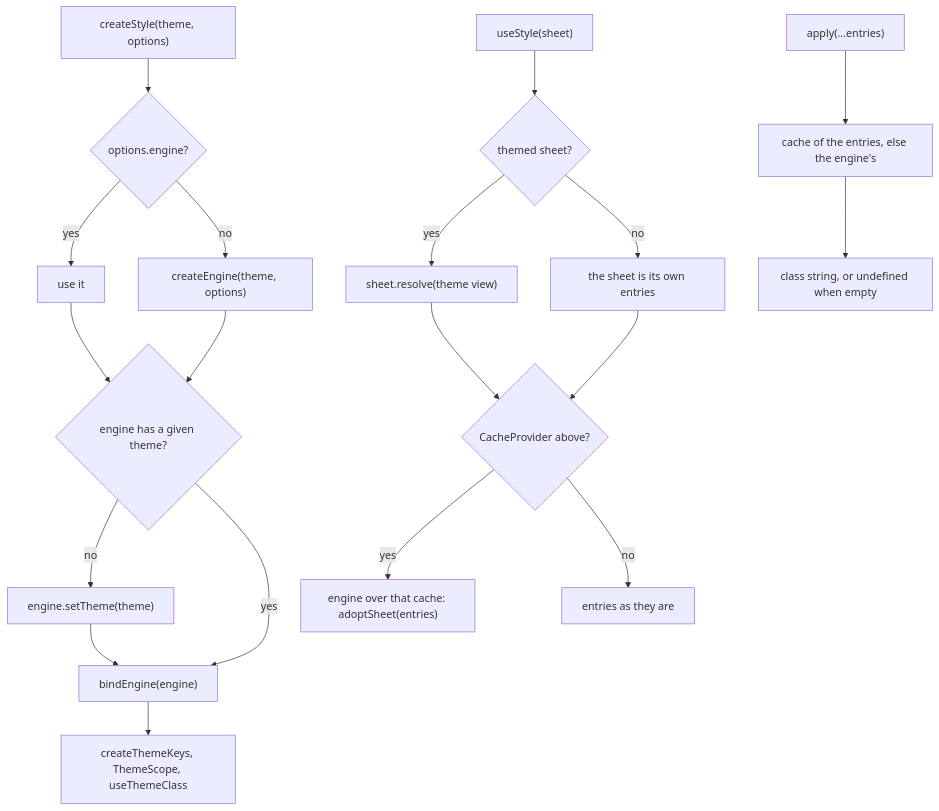
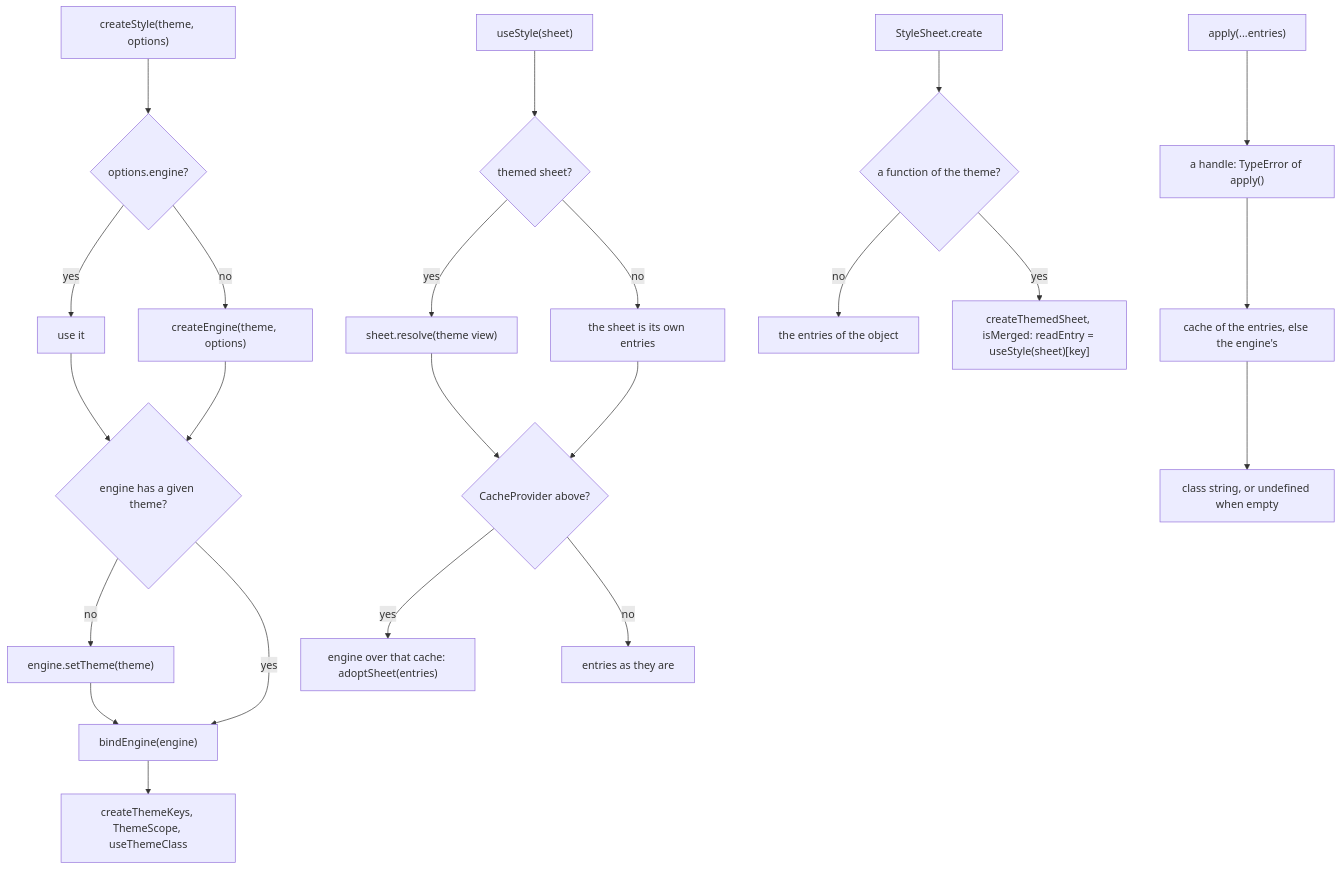
One commit to soroush-tech/umber-style changed the diagram in packages/vue/src/createStyle.md. Above: the diagram before and after it, drawn with Mermaid. The commit also changed other lines of this file and 80 other files, not shown here.

Commit message:
feat: a styled component resolves an entry of a theme sheet given to its style prop with no useStyle, and SheetStyleProp types a style prop of sheet entries in every binding - close #88, close #89

````diff
--- a/packages/vue/src/createStyle.md
+++ b/packages/vue/src/createStyle.md
@@ -19,21 +19,25 @@
 ```mermaid
 flowchart TD
   cs["createStyle(theme, options)"] --> eng{"options.engine?"}
   eng -->|"yes"| use["use it"]
   eng -->|"no"| mk["createEngine(theme, options)"]
   use --> gt{"engine has a given theme?"}
   mk --> gt
   gt -->|"no"| st["engine.setTheme(theme)"]
   gt -->|"yes"| bind["bindEngine(engine)"]
   st --> bind
   bind --> keys["createThemeKeys, ThemeScope, useThemeClass"]
   ustyle["useStyle(sheet)"] --> th{"themed sheet?"}
   th -->|"yes"| res["sheet.resolve(theme view)"]
   th -->|"no"| ent["the sheet is its own entries"]
   res --> cp{"CacheProvider above?"}
   ent --> cp
   cp -->|"yes"| adopt["engine over that cache: adoptSheet(entries)"]
   cp -->|"no"| ret["entries as they are"]
-  app["apply(...entries)"] --> cache["cache of the entries, else the engine's"]
+  create["StyleSheet.create"] --> fnQ{"a function of the theme?"}
+  fnQ -->|"no"| objEntries["the entries of the object"]
+  fnQ -->|"yes"| handles["createThemedSheet, isMerged: readEntry = useStyle(sheet)[key]"]
+  app["apply(...entries)"] --> reject["a handle: TypeError of apply()"]
+  reject --> cache["cache of the entries, else the engine's"]
   cache --> cls["class string, or undefined when empty"]
 ```
````
